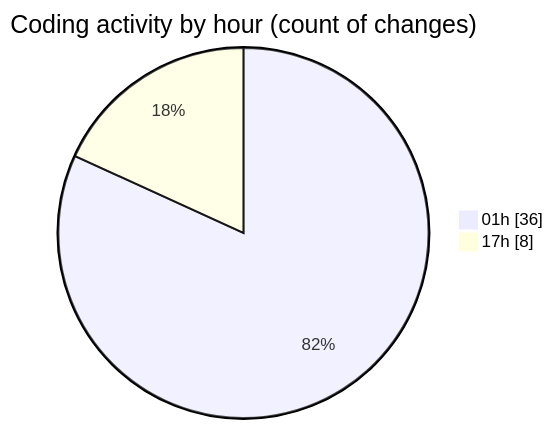
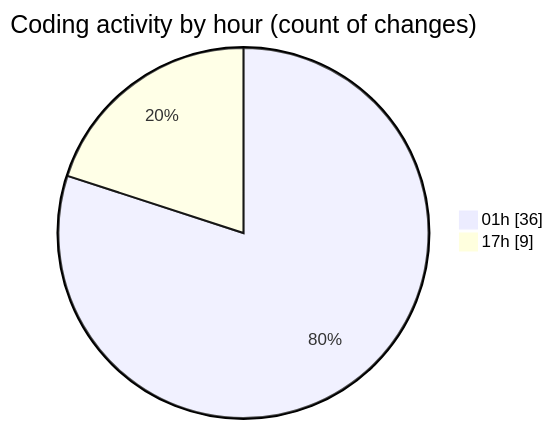
Before and after one commit to lephambinh05/code-tracking: the second of 2 diagrams in 2025-07-29/appproject/README.md, drawn with Mermaid. The commit also changed other lines of this file and 1 other file, not shown here.

````diff
--- a/2025-07-29/appproject/README.md
+++ b/2025-07-29/appproject/README.md
@@ -50,6 +50,6 @@
 ```mermaid
 pie showData
 title Coding activity by hour (count of changes)
 "01h" : 36
-"17h" : 8
+"17h" : 9
 ```
````
